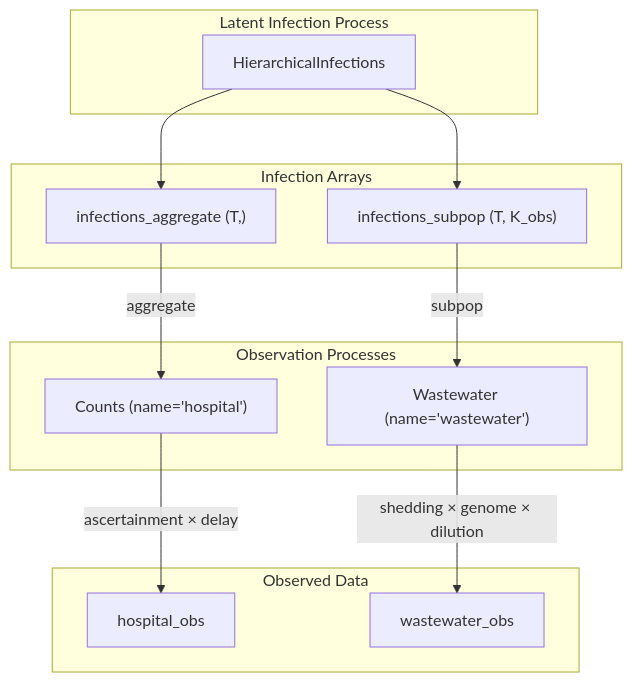
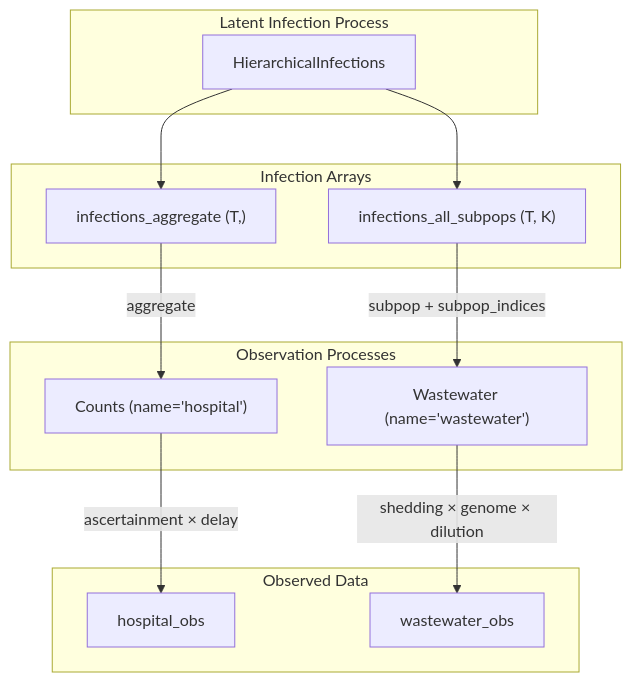
The diagram in docs/tutorials/building_multisignal_models.qmd (CDCgov/PyRenew), drawn with Mermaid before and after one commit. The commit also changed other lines of this file and 10 other files, not shown here.

Commit message:
API changes per code review - latent infections doesn't track obs/unobs subpops

````diff
--- a/docs/tutorials/building_multisignal_models.qmd
+++ b/docs/tutorials/building_multisignal_models.qmd
@@ -126,29 +126,29 @@
 ```mermaid
 flowchart TB
 
     subgraph Latent["Latent Infection Process"]
         L[HierarchicalInfections]
     end
 
     subgraph Infections["Infection Arrays"]
         J["infections_aggregate (T,)"]
-        S["infections_subpop (T, K_obs)"]
+        S["infections_all_subpops (T, K)"]
     end
 
     subgraph Obs["Observation Processes"]
         C["Counts (name='hospital')"]
         W["Wastewater (name='wastewater')"]
     end
 
     subgraph Data["Observed Data"]
         HA["hospital_obs"]
         WW["wastewater_obs"]
     end
 
     L --> J
     L --> S
     J -->|"aggregate"| C
-    S -->|"subpop"| W
+    S -->|"subpop + subpop_indices"| W
     C -->|"ascertainment × delay"| HA
     W -->|"shedding × genome × dilution"| WW
 ```
````
